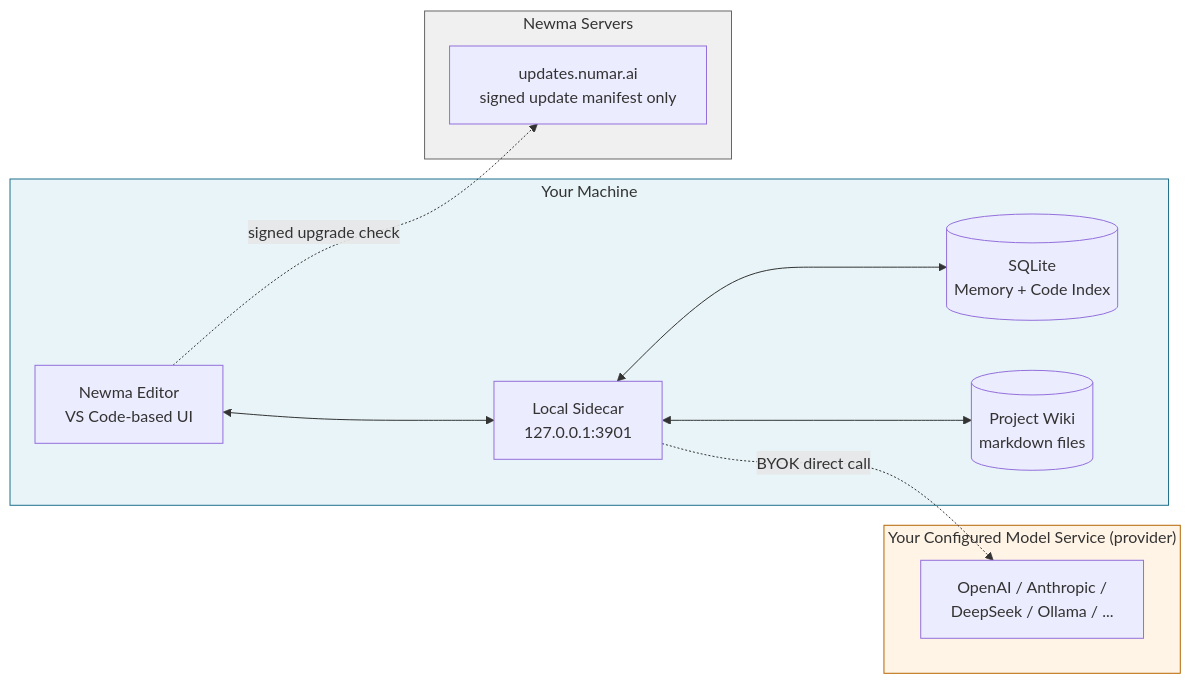
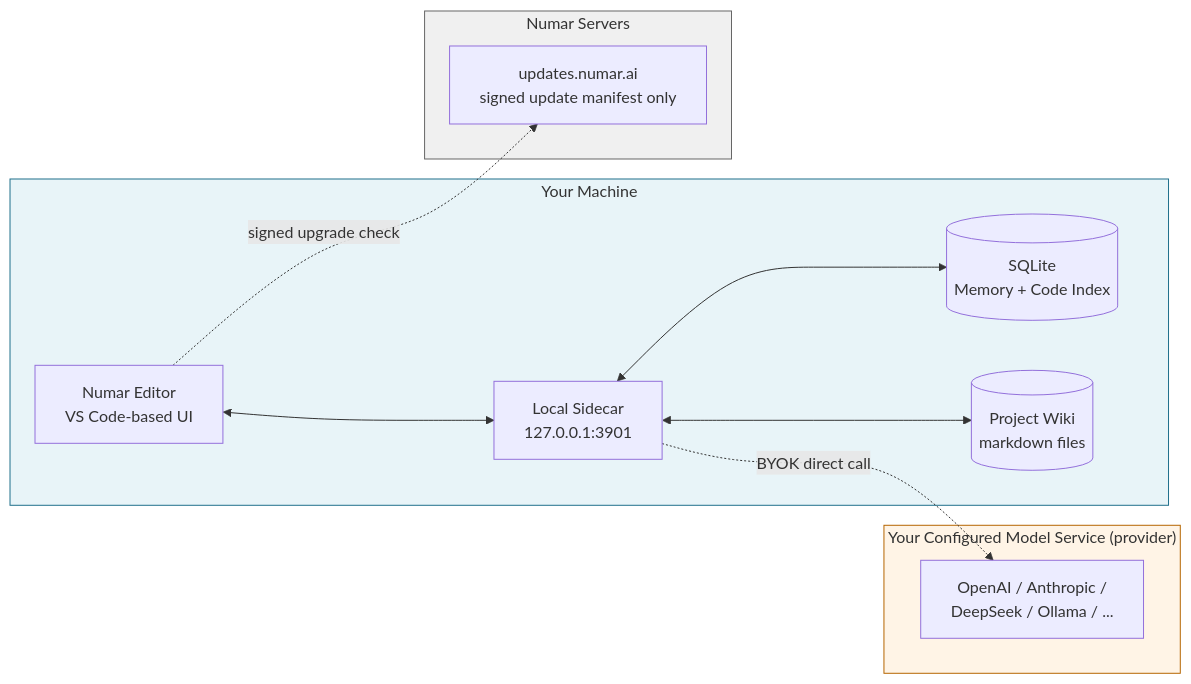
One commit to NumarAI/numar-releases changed the first of 3 diagrams in README.md. Above: the diagram before and after it, drawn with Mermaid. The commit also changed other lines of this file and 1 other file, not shown here.

First line of the commit message:
Rebrand README to Numar following the v0.0.5 release.

````diff
--- a/README.md
+++ b/README.md
@@ -58,31 +58,31 @@
 ```mermaid
 graph LR
     subgraph YourMachine["Your Machine"]
-        Editor[Newma Editor<br/>VS Code-based UI]
+        Editor[Numar Editor<br/>VS Code-based UI]
         Sidecar[Local Sidecar<br/>127.0.0.1:3901]
         SQLite[(SQLite<br/>Memory + Code Index)]
         Wiki[(Project Wiki<br/>markdown files)]
         Editor <--> Sidecar
         Sidecar <--> SQLite
         Sidecar <--> Wiki
     end
 
     subgraph YourProvider["Your Configured Model Service (provider)"]
         LLM[OpenAI / Anthropic /<br/>DeepSeek / Ollama / ...]
     end
 
     Sidecar -.BYOK direct call.-> LLM
 
-    subgraph NewmaServers["Newma Servers"]
+    subgraph NumarServers["Numar Servers"]
         UpdateServer[updates.numar.ai<br/>signed update manifest only]
     end
 
     Editor -.signed upgrade check.-> UpdateServer
 
     classDef yours fill:#e8f4f8,stroke:#1f6f8b
     classDef provider fill:#fff4e6,stroke:#b56500
     classDef ours fill:#f0f0f0,stroke:#666
     class YourMachine yours
     class YourProvider provider
-    class NewmaServers ours
+    class NumarServers ours
 ```
````
